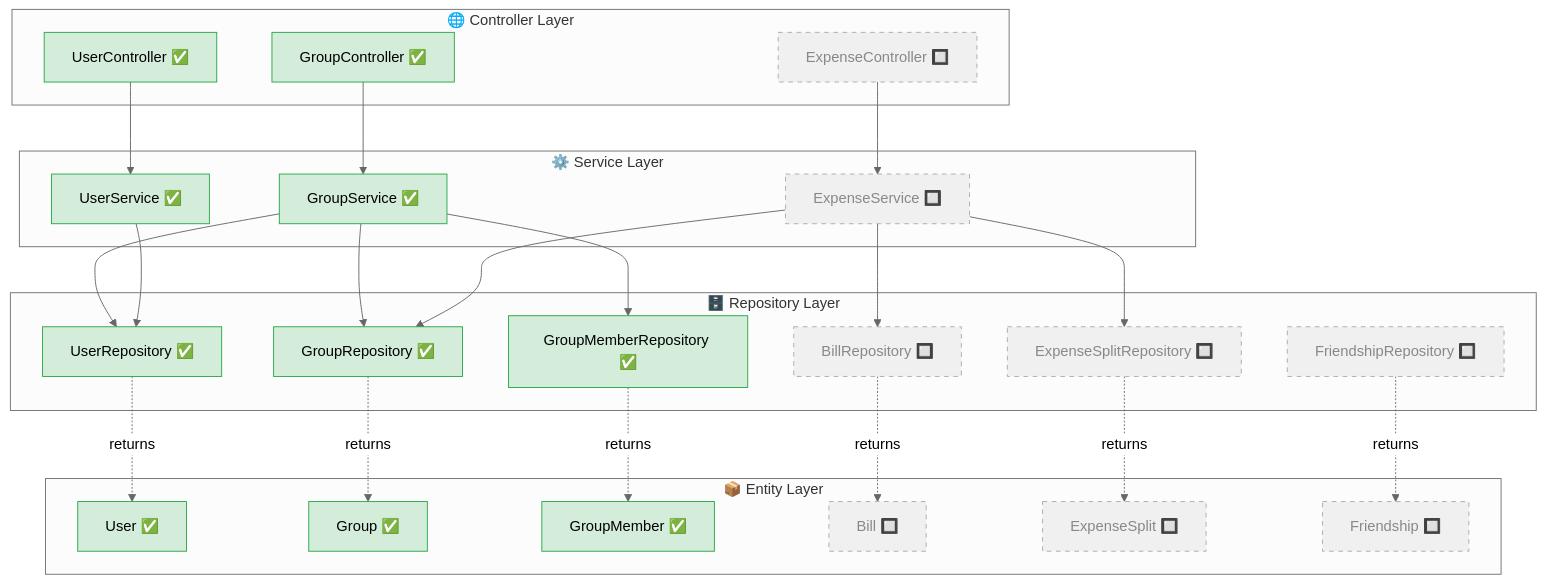
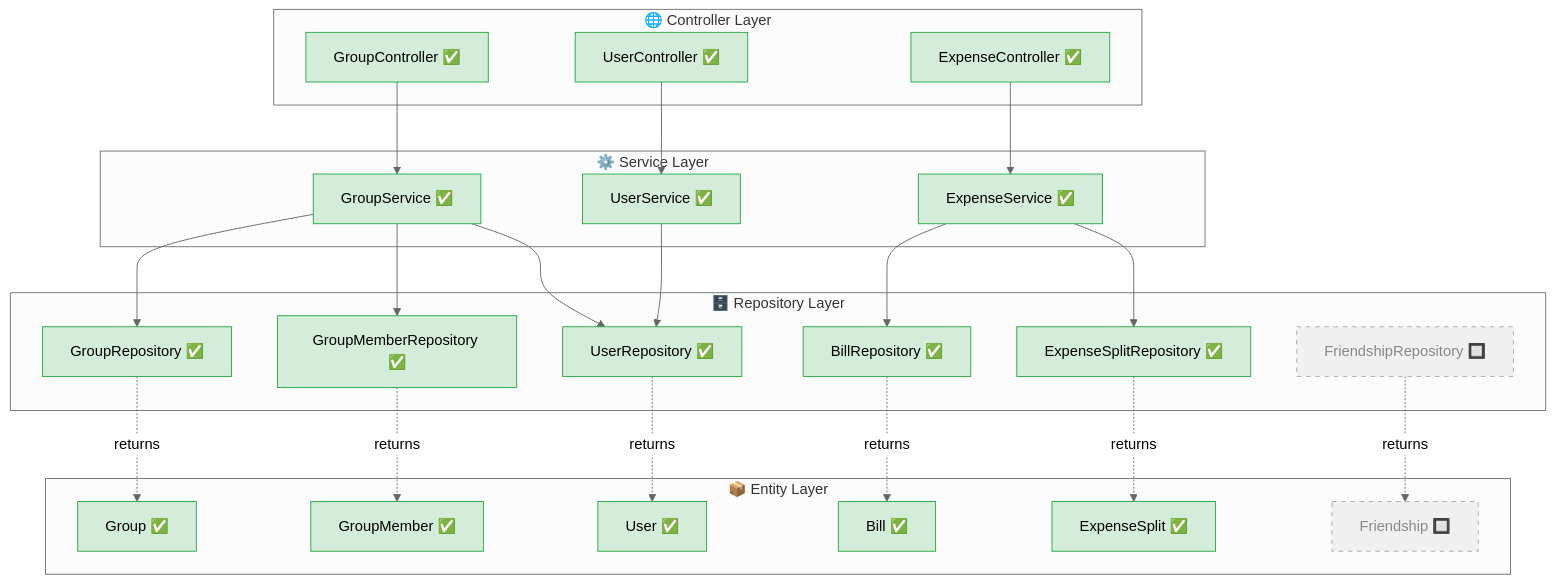
The first of 5 diagrams in ClassDiagram.md (emberfox205/teilr), drawn with Mermaid (neutral theme) before and after one commit. The commit also changed other lines of this file, not shown here.

Commit message:
edit: Class Diagram

````diff
--- a/ClassDiagram.md
+++ b/ClassDiagram.md
@@ -8,54 +8,53 @@
 ```mermaid
 flowchart TB
     classDef coded fill:#d4edda,stroke:#28a745,color:#000
     classDef planned fill:#f0f0f0,stroke:#aaaaaa,color:#888,stroke-dasharray: 5 5
 
     subgraph CONTROLLER ["🌐 Controller Layer"]
         GC["GroupController ✅"]:::coded
         UC["UserController ✅"]:::coded
-        EC["ExpenseController 🔲"]:::planned
+        EC["ExpenseController ✅"]:::coded
     end
 
     subgraph SERVICE ["⚙️ Service Layer"]
         GS["GroupService ✅"]:::coded
         US["UserService ✅"]:::coded
-        ES["ExpenseService 🔲"]:::planned
+        ES["ExpenseService ✅"]:::coded
     end
 
     subgraph REPO ["🗄️ Repository Layer"]
         GR["GroupRepository ✅"]:::coded
         GMR["GroupMemberRepository ✅"]:::coded
         UR["UserRepository ✅"]:::coded
-        BR["BillRepository 🔲"]:::planned
-        ER["ExpenseSplitRepository 🔲"]:::planned
+        BR["BillRepository ✅"]:::coded
+        ER["ExpenseSplitRepository ✅"]:::coded
         FR["FriendshipRepository 🔲"]:::planned
     end
 
     subgraph ENTITY ["📦 Entity Layer"]
         U["User ✅"]:::coded
         G["Group ✅"]:::coded
         GM["GroupMember ✅"]:::coded
-        B["Bill 🔲"]:::planned
-        EX["ExpenseSplit 🔲"]:::planned
+        B["Bill ✅"]:::coded
+        EX["ExpenseSplit ✅"]:::coded
         F["Friendship 🔲"]:::planned
     end
 
     GC --> GS
     UC --> US
     EC --> ES
 
     GS --> GR
     GS --> GMR
     GS --> UR
     US --> UR
     ES --> BR
     ES --> ER
-    ES --> GR
 
     GR -.->|returns| G
     GMR -.->|returns| GM
     UR -.->|returns| U
     BR -.->|returns| B
     ER -.->|returns| EX
     FR -.->|returns| F
 ```
````
